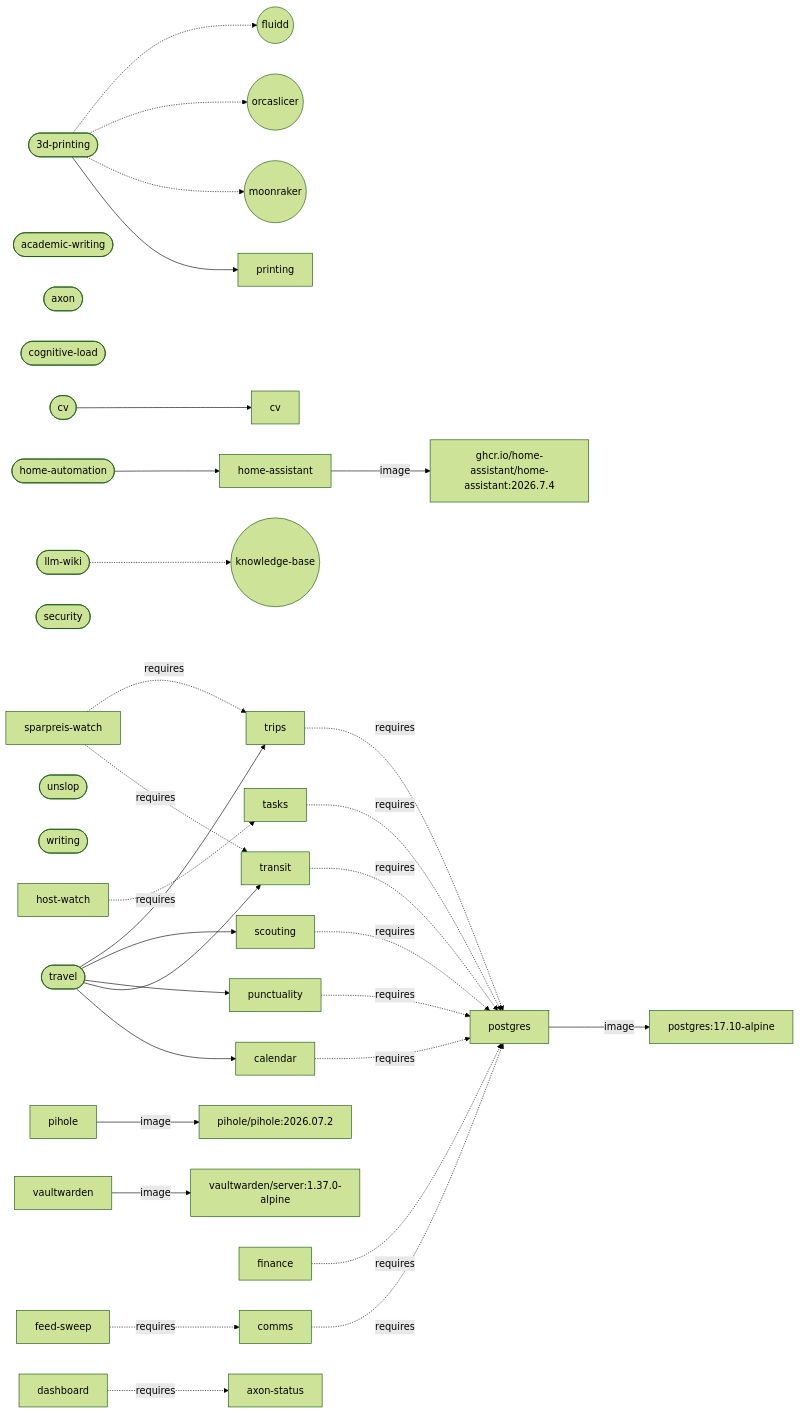
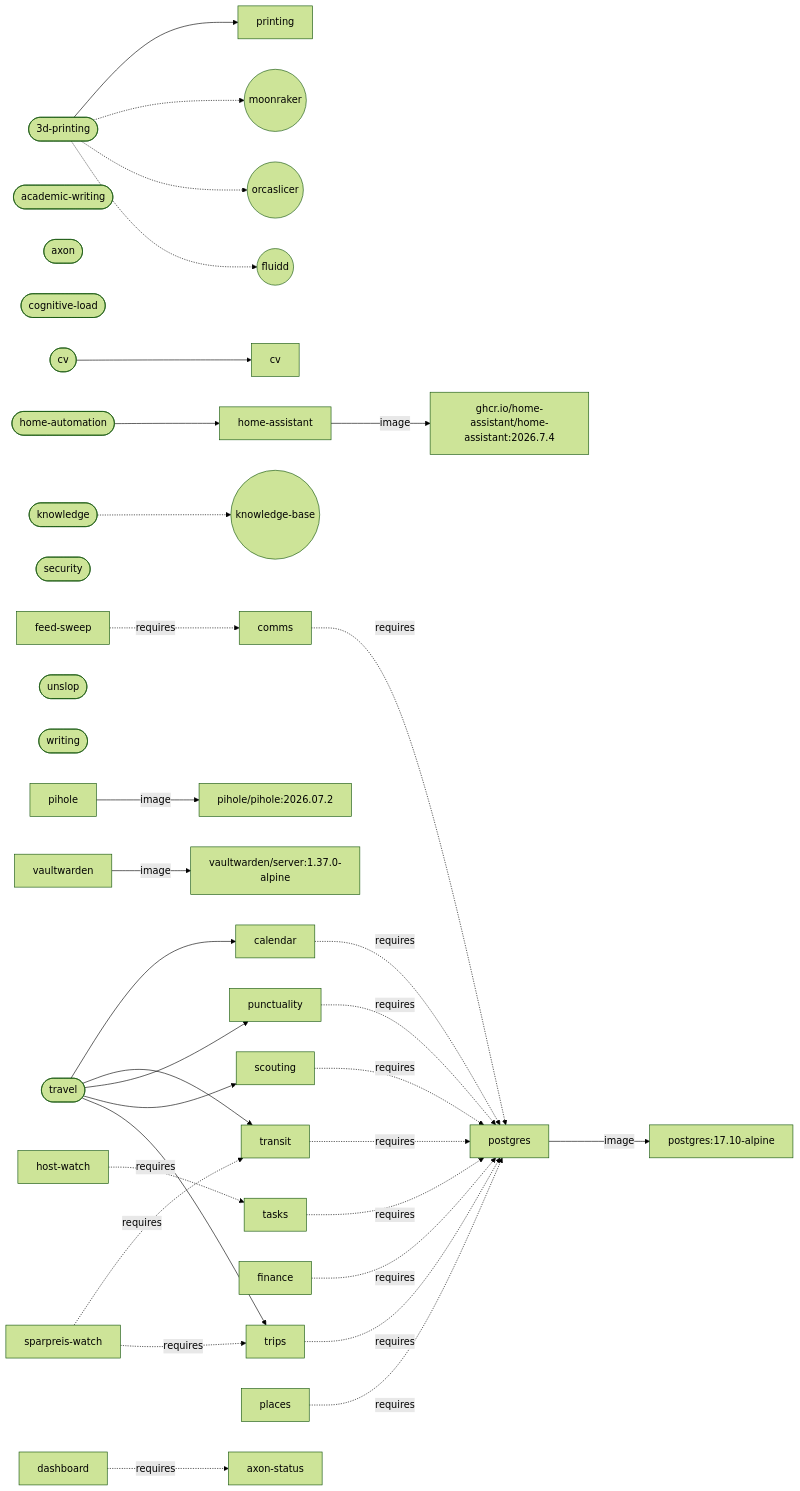
The diagram in ARCHITECTURE.md (larsboes/Axon), drawn with Mermaid (forest theme) before and after one commit. The commit also changed other lines of this file and 18 other files, not shown here.

````diff
--- a/ARCHITECTURE.md
+++ b/ARCHITECTURE.md
@@ -132,43 +134,44 @@
 ```mermaid
 flowchart LR
   pack_3d_printing(["3d-printing"])
   pack_3d_printing --> cap_printing["printing"]
   pack_3d_printing -.-> sys_moonraker(("moonraker"))
   pack_3d_printing -.-> sys_orcaslicer(("orcaslicer"))
   pack_3d_printing -.-> sys_fluidd(("fluidd"))
   pack_academic_writing(["academic-writing"])
   pack_axon(["axon"])
   pack_cognitive_load(["cognitive-load"])
   pack_cv(["cv"])
   pack_cv --> cap_cv["cv"]
   pack_home_automation(["home-automation"])
   pack_home_automation --> cap_home_assistant["home-assistant"]
-  pack_llm_wiki(["llm-wiki"])
-  pack_llm_wiki -.-> sys_knowledge_base(("knowledge-base"))
+  pack_knowledge(["knowledge"])
+  pack_knowledge -.-> sys_knowledge_base(("knowledge-base"))
   pack_security(["security"])
   pack_travel(["travel"])
   pack_travel --> cap_calendar["calendar"]
   pack_travel --> cap_transit["transit"]
   pack_travel --> cap_punctuality["punctuality"]
   pack_travel --> cap_scouting["scouting"]
   pack_travel --> cap_trips["trips"]
   pack_unslop(["unslop"])
   pack_writing(["writing"])
   cap_home_assistant["home-assistant"] -->|image| img_ghcr_io_home_assistant_home_assistant["ghcr.io/home-assistant/home-assistant:2026.7.4"]
   cap_pihole["pihole"] -->|image| img_pihole_pihole["pihole/pihole:2026.07.2"]
   cap_postgres["postgres"] -->|image| img_postgres["postgres:17.10-alpine"]
   cap_vaultwarden["vaultwarden"] -->|image| img_vaultwarden_server["vaultwarden/server:1.37.0-alpine"]
   cap_calendar["calendar"] -.->|requires| cap_postgres["postgres"]
   cap_comms["comms"] -.->|requires| cap_postgres["postgres"]
   cap_feed_sweep["feed-sweep"] -.->|requires| cap_comms["comms"]
   cap_finance["finance"] -.->|requires| cap_postgres["postgres"]
   cap_host_watch["host-watch"] -.->|requires| cap_tasks["tasks"]
+  cap_places["places"] -.->|requires| cap_postgres["postgres"]
   cap_punctuality["punctuality"] -.->|requires| cap_postgres["postgres"]
   cap_scouting["scouting"] -.->|requires| cap_postgres["postgres"]
   cap_sparpreis_watch["sparpreis-watch"] -.->|requires| cap_transit["transit"]
   cap_sparpreis_watch["sparpreis-watch"] -.->|requires| cap_trips["trips"]
   cap_tasks["tasks"] -.->|requires| cap_postgres["postgres"]
   cap_transit["transit"] -.->|requires| cap_postgres["postgres"]
   cap_trips["trips"] -.->|requires| cap_postgres["postgres"]
   cap_dashboard["dashboard"] -.->|requires| cap_axon_status["axon-status"]
 ```
````
